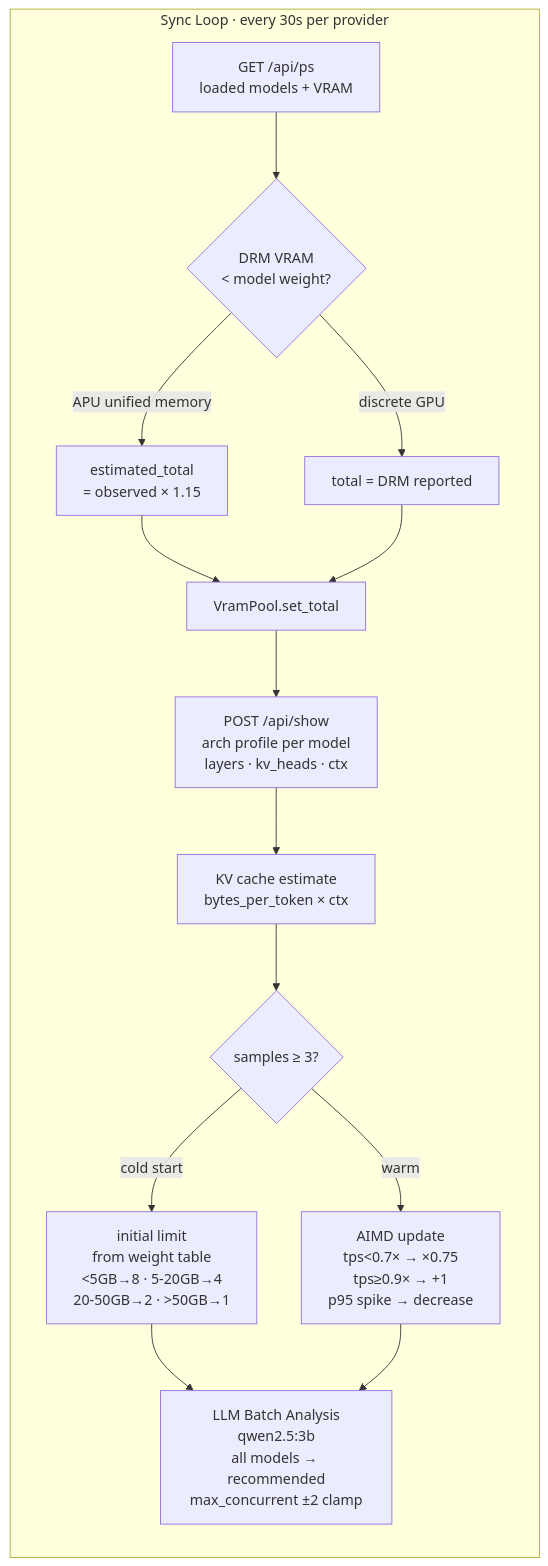
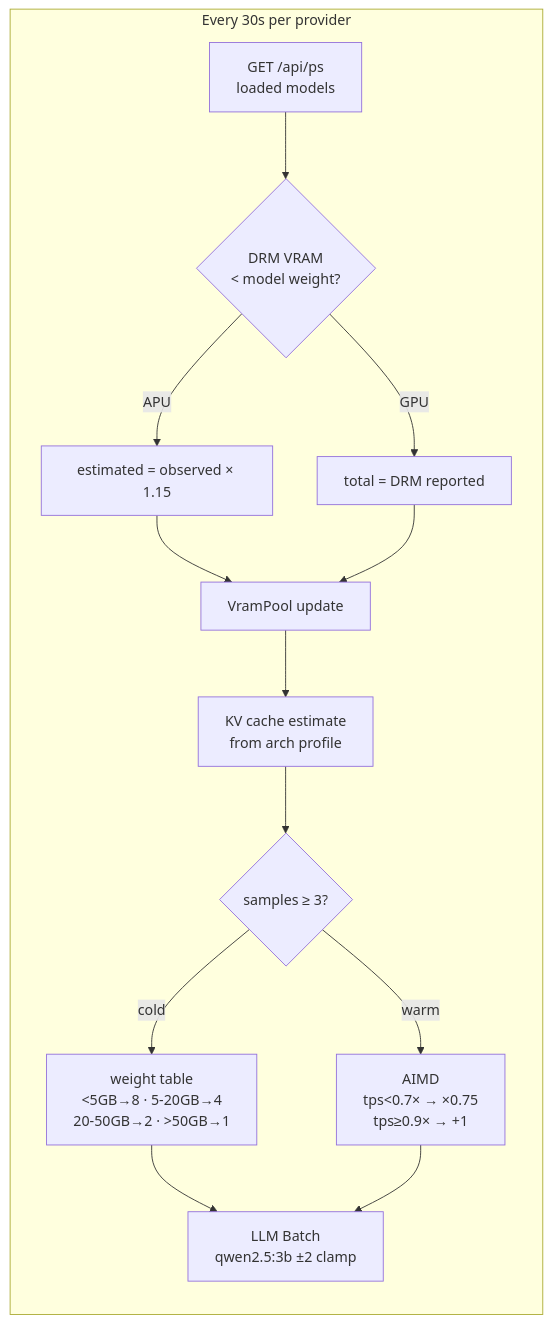
Before and after one commit to beegy-labs/veronex: the second of 2 diagrams in README.md, drawn with Mermaid. The commit also changed other lines of this file, not shown here.

````diff
--- a/README.md
+++ b/README.md
@@ -235,15 +86,14 @@
 ```mermaid
 flowchart LR
-    subgraph SYNC["Sync Loop · every 30s per provider"]
-        HW[GET /api/ps\nloaded models + VRAM] --> APU{DRM VRAM\n< model weight?}
-        APU -->|APU unified memory| EST[estimated_total\n= observed × 1.15]
-        APU -->|discrete GPU| DRM[total = DRM reported]
-        EST & DRM --> POOL[VramPool.set_total]
-        POOL --> SHOW[POST /api/show\narch profile per model\nlayers · kv_heads · ctx]
-        SHOW --> KV[KV cache estimate\nbytes_per_token × ctx]
-        KV --> AIMD{samples ≥ 3?}
-        AIMD -->|cold start| INIT[initial limit\nfrom weight table\n<5GB→8 · 5-20GB→4\n20-50GB→2 · >50GB→1]
-        AIMD -->|warm| AD[AIMD update\ntps<0.7× → ×0.75\ntps≥0.9× → +1\np95 spike → decrease]
-        INIT & AD --> LLM[LLM Batch Analysis\nqwen2.5:3b\nall models → recommended\nmax_concurrent ±2 clamp]
+    subgraph SYNC["Every 30s per provider"]
+        PS[GET /api/ps\nloaded models] --> VRAM{DRM VRAM\n< model weight?}
+        VRAM -->|APU| EST[estimated = observed × 1.15]
+        VRAM -->|GPU| DRM[total = DRM reported]
+        EST & DRM --> POOL[VramPool update]
+        POOL --> KV[KV cache estimate\nfrom arch profile]
+        KV --> AI{samples ≥ 3?}
+        AI -->|cold| INIT[weight table\n<5GB→8 · 5-20GB→4\n20-50GB→2 · >50GB→1]
+        AI -->|warm| AIMD[AIMD\ntps<0.7× → ×0.75\ntps≥0.9× → +1]
+        INIT & AIMD --> LLM[LLM Batch\nqwen2.5:3b ±2 clamp]
     end
 ```
````
